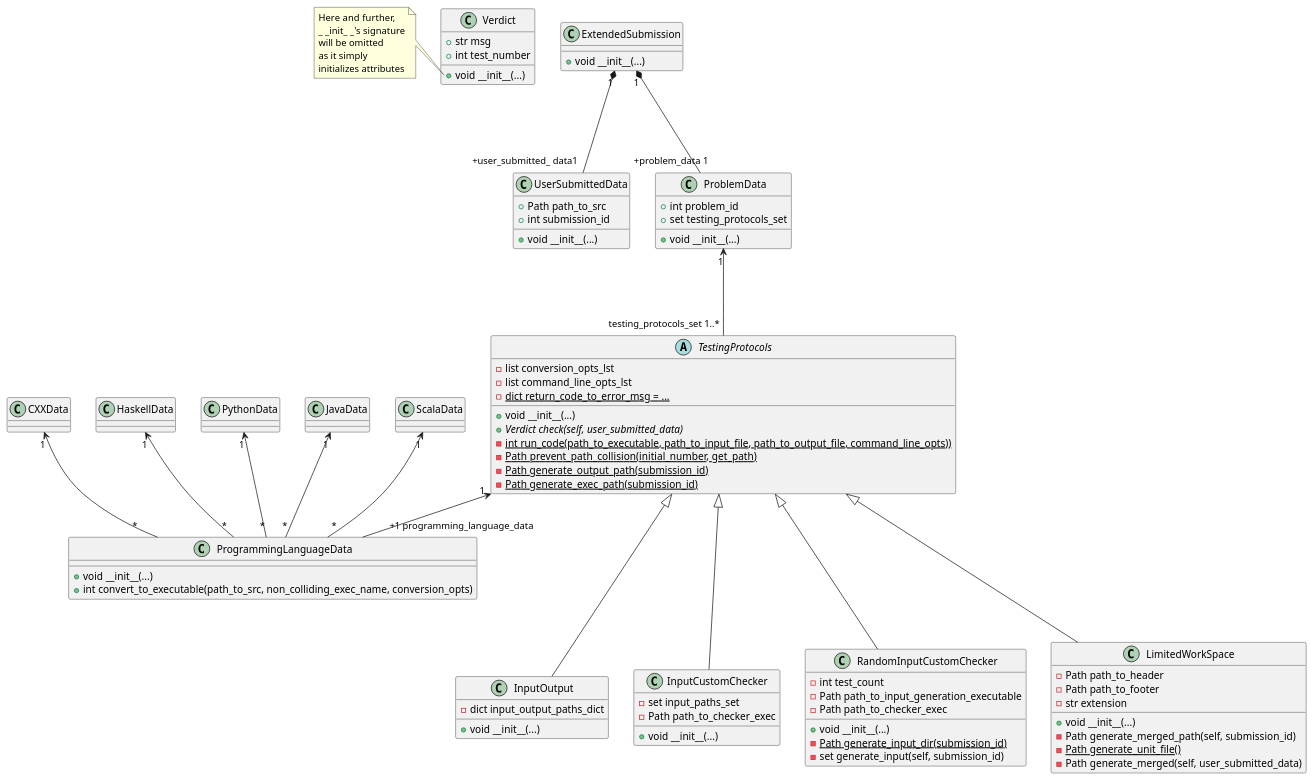
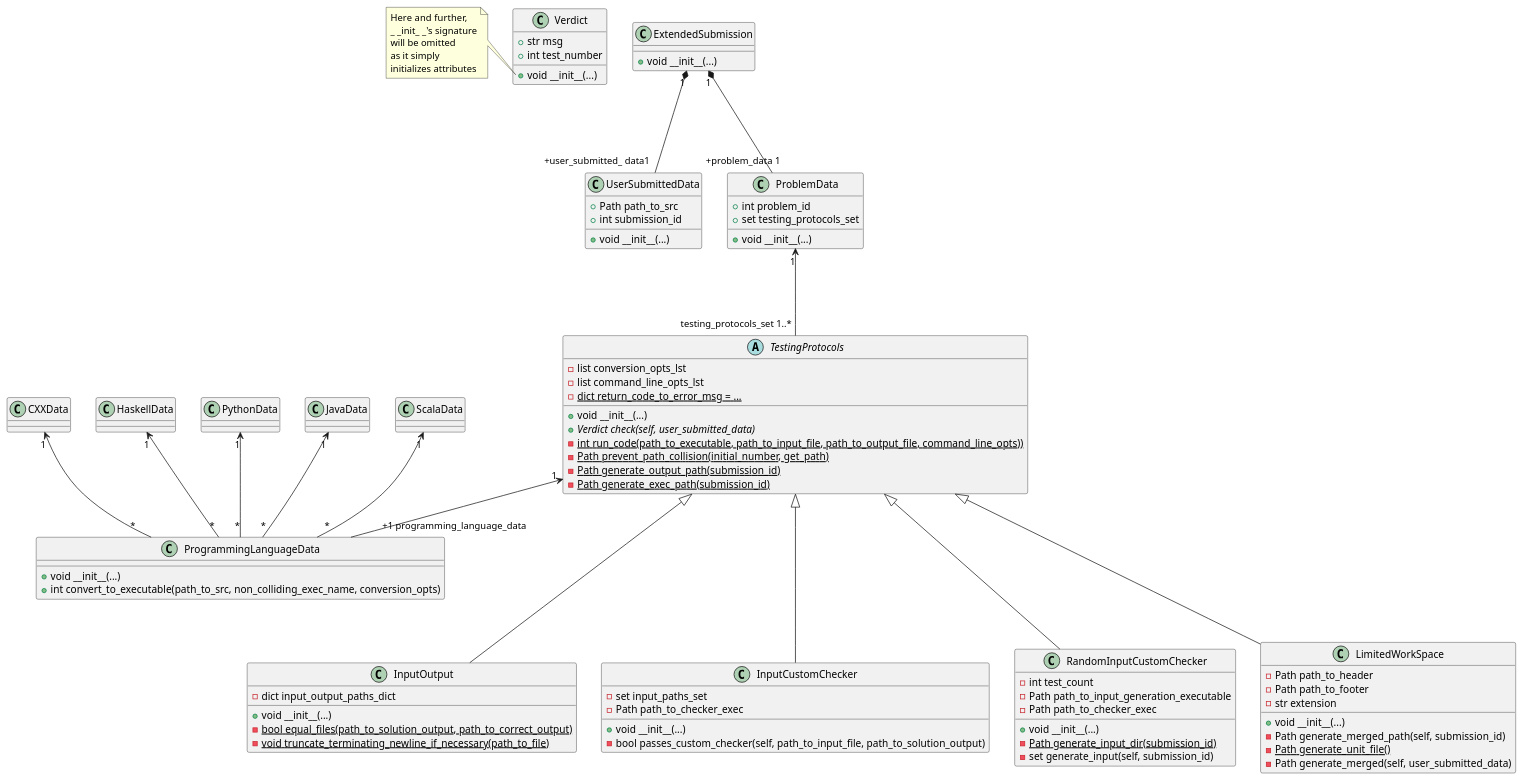
The diagram in TestingSystem/TestingProtocols/testing_protocols_class_diagram.puml (IgorZhiltsoff/TPy_project), drawn with PlantUML before and after one commit. The commit also changed 10 other files, not shown here.

```diff
--- a/TestingSystem/TestingProtocols/testing_protocols_class_diagram.puml
+++ b/TestingSystem/TestingProtocols/testing_protocols_class_diagram.puml
@@ -1,132 +1,135 @@
 @startuml
 'https://plantuml.com/class-diagram
 
 ' ============================ AUX ============================
 
 class Verdict {
     +str msg
     +int test_number
 
     +void __init__(...)
 }
 note left of Verdict::__init__
 Here and further,
 _ _init_ _'s signature
 will be omitted
 as it simply
 initializes attributes
 end note
 
 
 class UserSubmittedData {
     +Path path_to_src
     +int submission_id
 
     +void __init__(...)
 }
 
 
 class ProgrammingLanguageData {
         +void __init__(...)
         +int convert_to_executable(path_to_src, non_colliding_exec_name, conversion_opts)
 }
 
 class CXXData
 
 CXXData "1" <-- "*" ProgrammingLanguageData
 
 class HaskellData
 
 HaskellData "1" <-- "*" ProgrammingLanguageData
 
 class PythonData
 
 PythonData "1" <-- "*" ProgrammingLanguageData
 
 class JavaData
 
 JavaData "1" <-- "*" ProgrammingLanguageData
 
 class ScalaData
 
 ScalaData "1" <-- "*" ProgrammingLanguageData
 
 ' ========================== PROTOCOLS =========================
 
 abstract class TestingProtocols {
     -list conversion_opts_lst
     -list command_line_opts_lst
     -{static} dict return_code_to_error_msg = ...
 
     +void __init__(...)
     +{abstract} Verdict check(self, user_submitted_data)
     -{static} int run_code(path_to_executable, path_to_input_file, path_to_output_file, command_line_opts))
     -{static} Path prevent_path_collision(initial_number, get_path)
     -{static} Path generate_output_path(submission_id)
     -{static} Path generate_exec_path(submission_id)
 }
 
 TestingProtocols "1" <-- "+1 programming_language_data" ProgrammingLanguageData
 
 class InputOutput {
     -dict input_output_paths_dict
 
     +void __init__(...)
+    -{static} bool equal_files(path_to_solution_output, path_to_correct_output)
+    -{static} void truncate_terminating_newline_if_necessary(path_to_file)
 }
 
 class InputCustomChecker {
     -set input_paths_set
     -Path path_to_checker_exec
 
     +void __init__(...)
+    -bool passes_custom_checker(self, path_to_input_file, path_to_solution_output)
 }
 
 class RandomInputCustomChecker {
     -int test_count
     -Path path_to_input_generation_executable
     -Path path_to_checker_exec
 
 
     +void __init__(...)
     -{static} Path generate_input_dir(submission_id)
     -set generate_input(self, submission_id)
 }
 
 class LimitedWorkSpace {
     -Path path_to_header
     -Path path_to_footer
     -str extension
 
     +void __init__(...)
     -Path generate_merged_path(self, submission_id)
     -{static} Path generate_unit_file()
     -Path generate_merged(self, user_submitted_data)
 }
 
 
 TestingProtocols <|--- InputCustomChecker
 TestingProtocols <|--- RandomInputCustomChecker
 TestingProtocols <|--- LimitedWorkSpace
 TestingProtocols <|--- InputOutput
 
 
 ' ============================ AUX ============================
 
 class ProblemData {
     +int problem_id
     +set testing_protocols_set
 
     +void __init__(...)
 }
 
 ProblemData "1" <--- "testing_protocols_set 1..*" TestingProtocols
 
 
 class ExtendedSubmission {
     +void __init__(...)
 }
 
 ExtendedSubmission "1" *--- "+problem_data 1" ProblemData
 ExtendedSubmission "1" *--- "+user_submitted_ data1" UserSubmittedData
 
 @enduml
```
